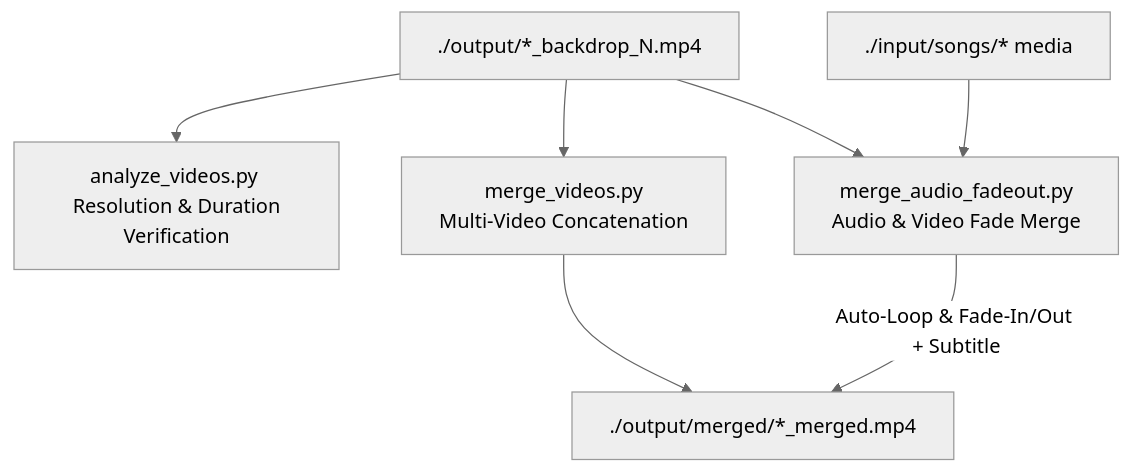
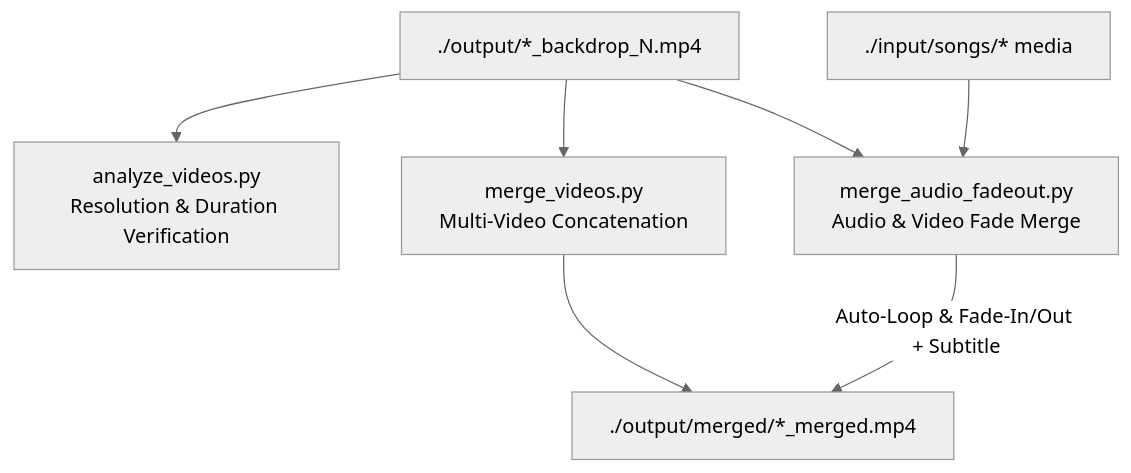
One commit to electronicnomad/stage-backdrops changed the sixth of 12 diagrams in ARCHITECTURE.md. Above: the diagram before and after it, drawn with Mermaid. The commit also changed other lines of this file, not shown here.

Commit message:
docs: separate ARCHITECTURE.md into Part 1 English and Part 2 Korean

````diff
--- a/ARCHITECTURE.md
+++ b/ARCHITECTURE.md
@@ -183,12 +170,12 @@
 ```mermaid
 %%{init: {'theme': 'neutral'}}%%
 flowchart TD
-    OUT_VID["./output/*_backdrop_N.mp4"] --> ANALYZE["analyze_videos.py <br> Resolution & Duration Verification"]
-    OUT_VID --> MERGE_V["merge_videos.py <br> Multi-Video Concatenation"]
+    OUT_VID["./output/*_backdrop_N.mp4"] --> ANALYZE["analyze_videos.py<br>Resolution & Duration Verification"]
+    OUT_VID --> MERGE_V["merge_videos.py<br>Multi-Video Concatenation"]
     
-    OUT_VID --> MERGE_A["merge_audio_fadeout.py <br> Audio & Video Fade Merge"]
+    OUT_VID --> MERGE_A["merge_audio_fadeout.py<br>Audio & Video Fade Merge"]
     AUDIO["./input/songs/* media"] --> MERGE_A
     
     MERGE_A -->|Auto-Loop & Fade-In/Out + Subtitle| FINAL["./output/merged/*_merged.mp4"]
     MERGE_V --> FINAL
 ```
````
